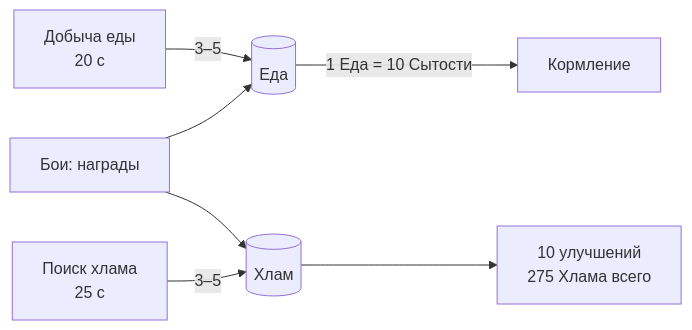
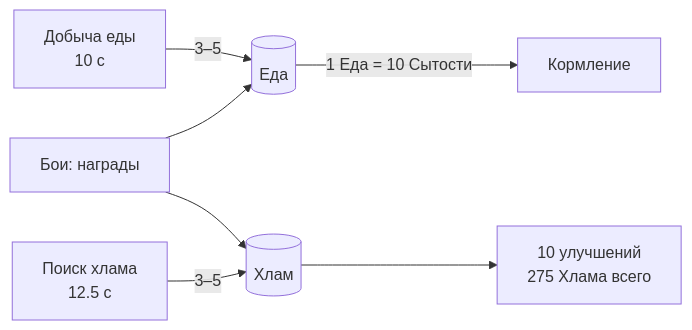
The diagram in Docs/GDD/PROGRESSION_AND_ECONOMY.md (Likeside/TrashCats), drawn with Mermaid before and after one commit. The commit also changed other lines of this file and 31 other files, not shown here.

````diff
--- a/Docs/GDD/PROGRESSION_AND_ECONOMY.md
+++ b/Docs/GDD/PROGRESSION_AND_ECONOMY.md
@@ -8,9 +8,9 @@
 ```mermaid
 flowchart LR
-    SC[Добыча еды<br/>20 с] -->|3–5| F[(Еда)]
+    SC[Добыча еды<br/>10 с] -->|3–5| F[(Еда)]
     BW[Бои: награды] --> F
     BW --> J[(Хлам)]
-    RU[Поиск хлама<br/>25 с] -->|3–5| J
+    RU[Поиск хлама<br/>12.5 с] -->|3–5| J
     F -->|1 Еда = 10 Сытости| SAT[Кормление]
     J --> UPG[10 улучшений<br/>275 Хлама всего]
 ```
````
